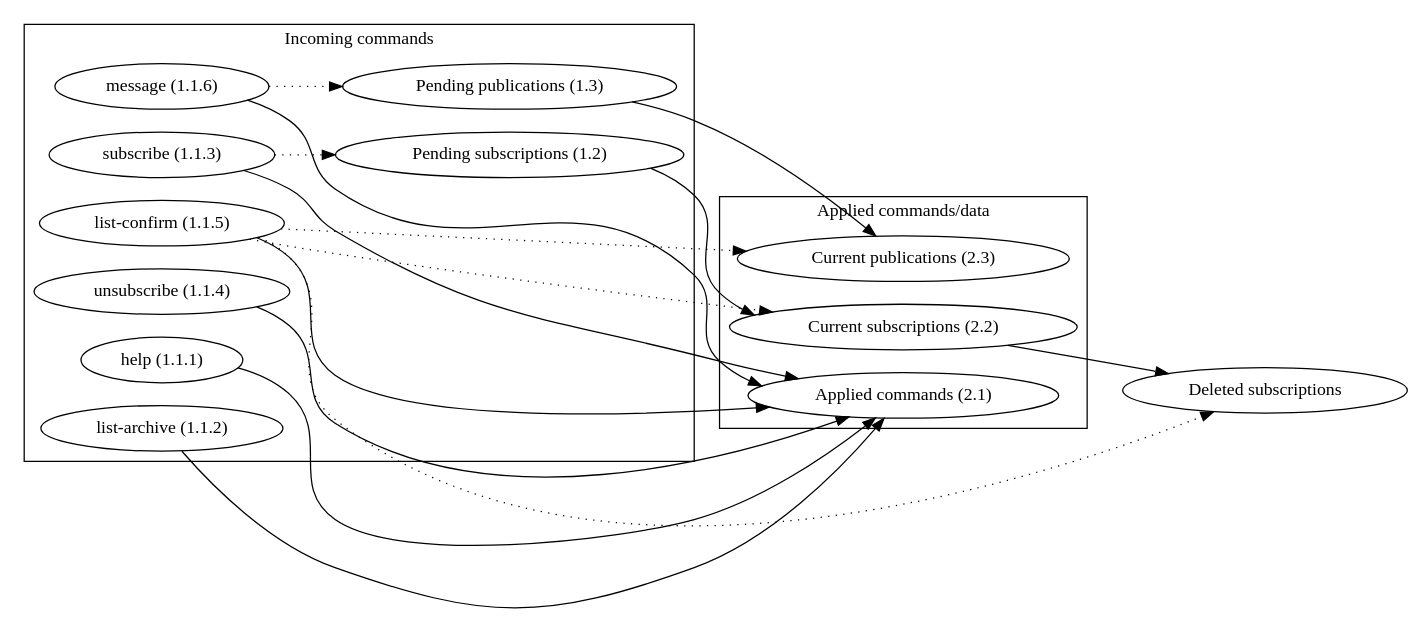
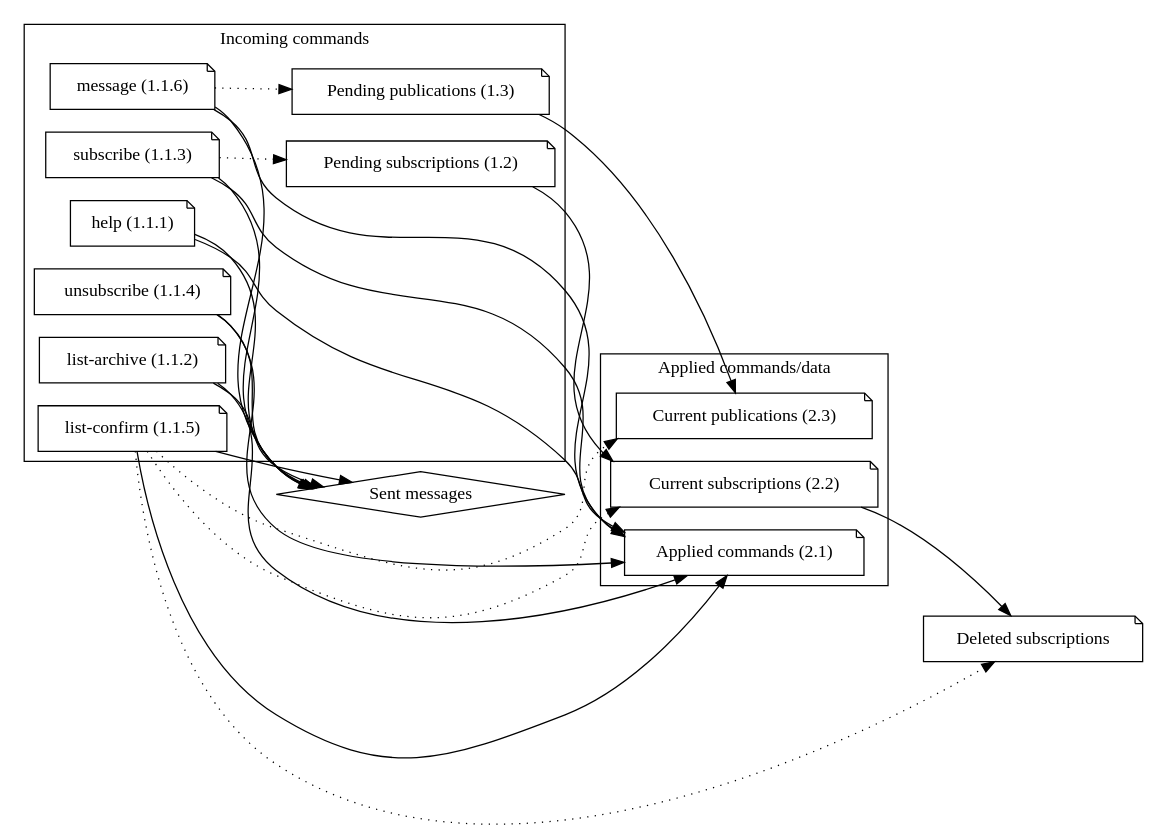
One commit to tlevine/ypotf changed the diagram in docs/data-model.dot. Above: the diagram before and after it, drawn with Graphviz.

Commit message:
Automatic commit with j

```diff
--- a/docs/data-model.dot
+++ b/docs/data-model.dot
@@ -1,45 +1,55 @@
 digraph ypotf {
   rankdir=LR;
+  node [shape="note"];
+
+  // Clusters
   subgraph cluster_0 {
     label="Incoming commands";
 
     "help (1.1.1)";
     "list-archive (1.1.2)";
     "subscribe (1.1.3)";
     "unsubscribe (1.1.4)";
     "list-confirm (1.1.5)";
     "message (1.1.6)";
 
     "Pending subscriptions (1.2)";
     "Pending publications (1.3)";
   };
   subgraph cluster_1 {
     label="Applied commands/data";
 
     "Applied commands (2.1)";
     "Current subscriptions (2.2)";
     "Current publications (2.3)";
   };
+  "Sent messages" [shape=diamond];
+  "Deleted subscriptions";
 
+  // Direct links
   "help (1.1.1)" -> "Applied commands (2.1)";
   "list-archive (1.1.2)" -> "Applied commands (2.1)";
   "subscribe (1.1.3)" -> "Applied commands (2.1)";
   "unsubscribe (1.1.4)" -> "Applied commands (2.1)";
   "list-confirm (1.1.5)" -> "Applied commands (2.1)";
   "message (1.1.6)" -> "Applied commands (2.1)";
 
   "Pending subscriptions (1.2)" -> "Current subscriptions (2.2)" ->
     "Deleted subscriptions";
   "Pending publications (1.3)" -> "Current publications (2.3)";
 
+  // Indirect links
   "subscribe (1.1.3)" -> "Pending subscriptions (1.2)" [style=dotted];
   "message (1.1.6)" -> "Pending publications (1.3)" [style=dotted];
 
   "list-confirm (1.1.5)" -> "Current subscriptions (2.2)" [style=dotted];
   "list-confirm (1.1.5)" -> "Current publications (2.3)" [style=dotted];
   "list-confirm (1.1.5)" -> "Deleted subscriptions" [style=dotted];
 
-// Results in sent emails
-//"Incoming commands (1.4)" -> "" [style=dotted];
-
+  "help (1.1.1)" -> "Sent messages";
+  "list-archive (1.1.2)" -> "Sent messages";
+  "subscribe (1.1.3)" -> "Sent messages";
+  "unsubscribe (1.1.4)" -> "Sent messages";
+  "list-confirm (1.1.5)" -> "Sent messages";
+  "message (1.1.6)" -> "Sent messages";
 }
```
